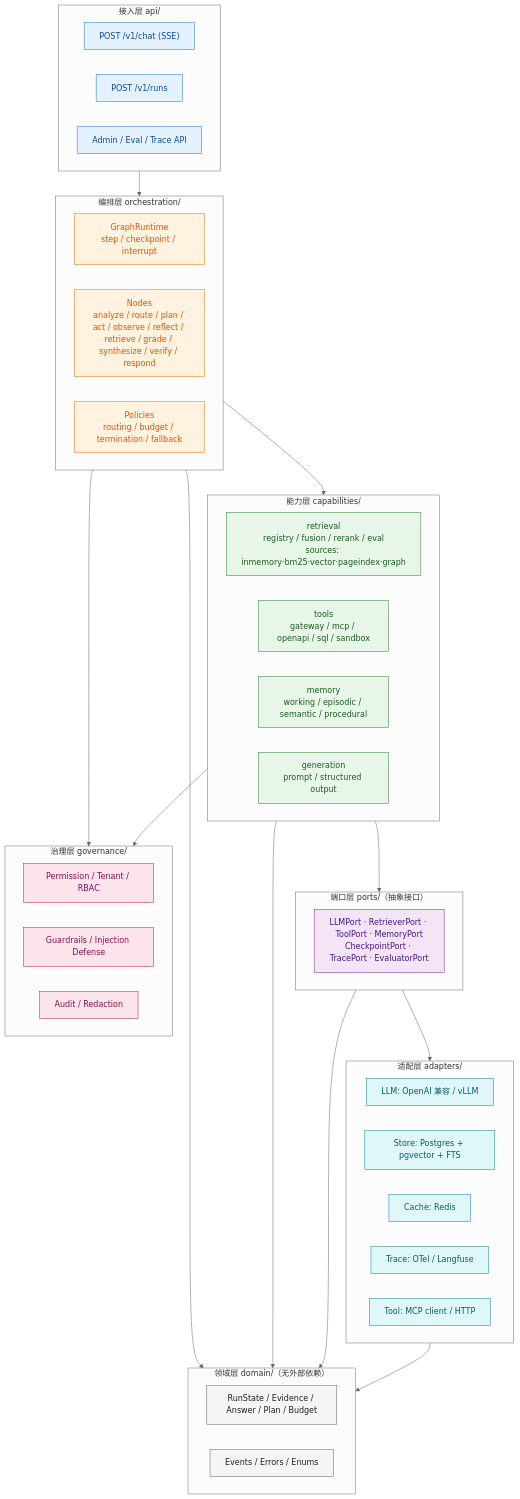
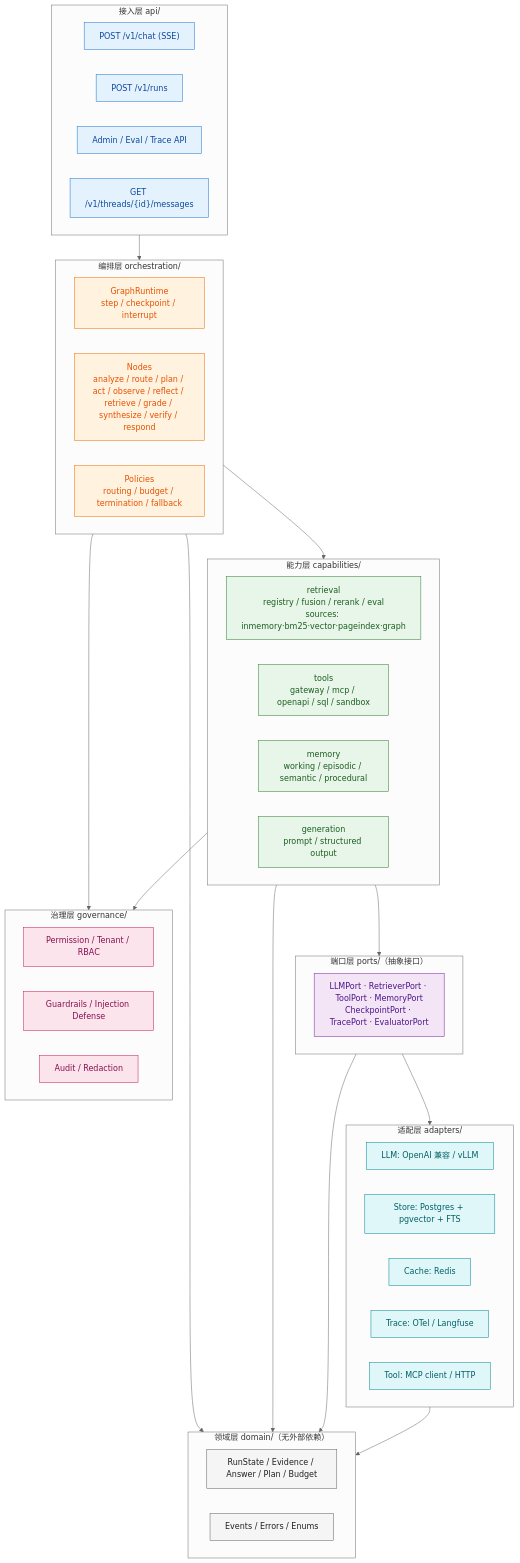
One commit to zengv/zCAISAgent changed the first of 8 diagrams in docs/03-architecture.md. Above: the diagram before and after it, drawn with Mermaid (neutral theme). The commit also changed other lines of this file and 30 other files, not shown here.

````diff
--- a/docs/03-architecture.md
+++ b/docs/03-architecture.md
@@ -70,60 +70,61 @@
 ```mermaid
 flowchart TB
     subgraph API["接入层 api/"]
         A1["POST /v1/chat (SSE)"]:::a
         A2["POST /v1/runs"]:::a
         A3["Admin / Eval / Trace API"]:::a
+        A4["GET /v1/threads/{id}/messages"]:::a
     end
 
     subgraph ORCH["编排层 orchestration/"]
         O1["GraphRuntime<br/>step / checkpoint / interrupt"]:::o
         O2["Nodes<br/>analyze / route / plan / act / observe / reflect / retrieve / grade / synthesize / verify / respond"]:::o
         O3["Policies<br/>routing / budget / termination / fallback"]:::o
     end
 
     subgraph CAP["能力层 capabilities/"]
         C1["retrieval<br/>registry / fusion / rerank / eval<br/>sources: inmemory·bm25·vector·pageindex·graph"]:::c
         C2["tools<br/>gateway / mcp / openapi / sql / sandbox"]:::c
         C3["memory<br/>working / episodic / semantic / procedural"]:::c
         C4["generation<br/>prompt / structured output"]:::c
     end
 
     subgraph PORT["端口层 ports/（抽象接口）"]
         PT["LLMPort · RetrieverPort · ToolPort · MemoryPort<br/>CheckpointPort · TracePort · EvaluatorPort"]:::p
     end
 
     subgraph GOV["治理层 governance/"]
         V1["Permission / Tenant / RBAC"]:::g
         V2["Guardrails / Injection Defense"]:::g
         V3["Audit / Redaction"]:::g
     end
 
     subgraph ADP["适配层 adapters/"]
         D1["LLM: OpenAI 兼容 / vLLM"]:::d
         D2["Store: Postgres + pgvector + FTS"]:::d
         D3["Cache: Redis"]:::d
         D4["Trace: OTel / Langfuse"]:::d
         D5["Tool: MCP client / HTTP"]:::d
     end
 
     subgraph DOM["领域层 domain/（无外部依赖）"]
         M1["RunState / Evidence / Answer / Plan / Budget"]:::m
         M2["Events / Errors / Enums"]:::m
     end
 
     API --> ORCH --> CAP --> PORT --> ADP
     ORCH --> GOV
     CAP --> GOV
     ORCH --> DOM
     CAP --> DOM
     PORT --> DOM
     ADP --> DOM
 
     classDef a fill:#e3f2fd,stroke:#1976d2,color:#0d47a1
     classDef o fill:#fff3e0,stroke:#ef6c00,color:#e65100
     classDef c fill:#e8f5e9,stroke:#2e7d32,color:#1b5e20
     classDef p fill:#f3e5f5,stroke:#7b1fa2,color:#4a148c
     classDef g fill:#fce4ec,stroke:#c2185b,color:#880e4f
     classDef d fill:#e0f7fa,stroke:#00838f,color:#006064
     classDef m fill:#f5f5f5,stroke:#616161,color:#212121
 ```
````
